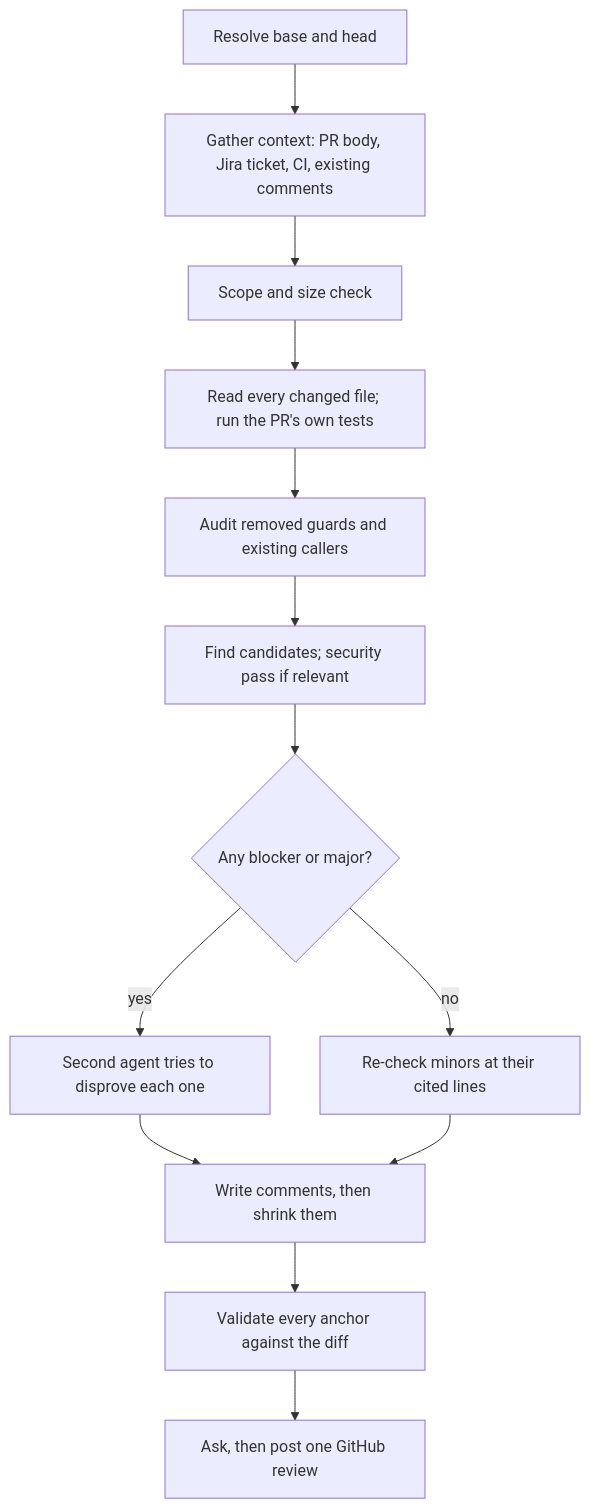
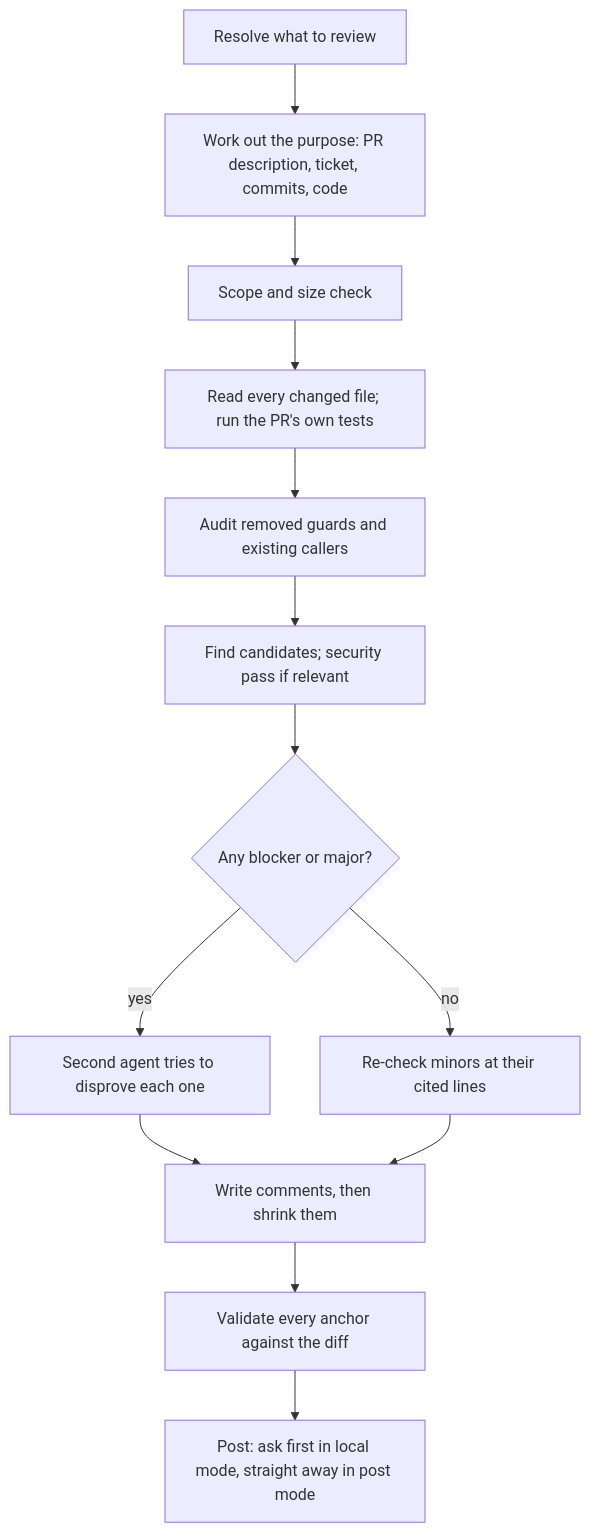
The third of 3 diagrams in README.md (coderdeep11/claude-pr-reviewer), drawn with Mermaid before and after one commit. The commit also changed other lines of this file and 4 other files, not shown here.

First line of the commit message:
Merge pull request #1 from coderdeep11/post-mode-and-review-targets

````diff
--- a/README.md
+++ b/README.md
@@ -181,15 +247,15 @@
 ```mermaid
 flowchart TD
-    A["Resolve base and head"] --> B["Gather context: PR body, Jira ticket, CI, existing comments"]
+    A["Resolve what to review"] --> B["Work out the purpose: PR description, ticket, commits, code"]
     B --> C["Scope and size check"]
     C --> D["Read every changed file; run the PR's own tests"]
     D --> E["Audit removed guards and existing callers"]
     E --> F["Find candidates; security pass if relevant"]
     F --> G{"Any blocker or major?"}
     G -- yes --> H["Second agent tries to disprove each one"]
     G -- no --> I["Re-check minors at their cited lines"]
     H --> J["Write comments, then shrink them"]
     I --> J
     J --> K["Validate every anchor against the diff"]
-    K --> L["Ask, then post one GitHub review"]
+    K --> L["Post: ask first in local mode, straight away in post mode"]
 ```
````
